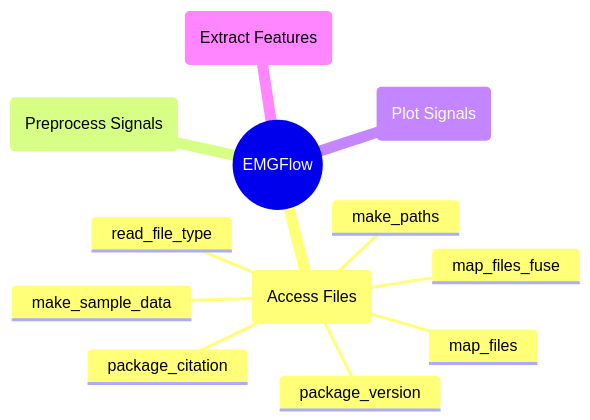
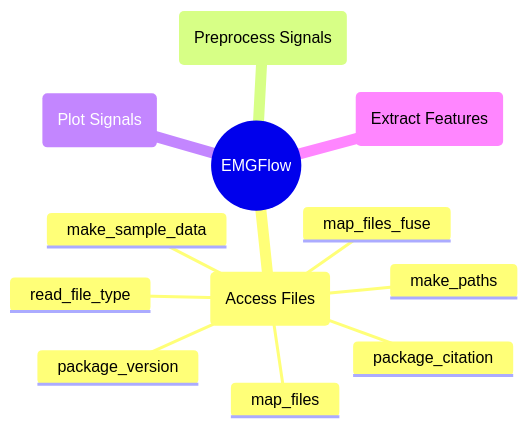
Before and after one commit to WiIIson/EMGFlow-Python-Package: the diagram in docs/reference/access-files.md, drawn with Mermaid. The commit also changed other lines of this file, not shown here.

````diff
--- a/docs/reference/access-files.md
+++ b/docs/reference/access-files.md
@@ -7,15 +7,15 @@
 ```mermaid
 mindmap
     root((EMGFlow))
         AF(Access Files)
-            package_version
-            package_citation
             make_paths
             make_sample_data
-            read_file_type
             map_files
             map_files_fuse
+            package_citation
+            package_version
+            read_file_type
         PrS(Preprocess Signals)
         PlS(Plot Signals)
         EF(Extract Features)
 ```
````
